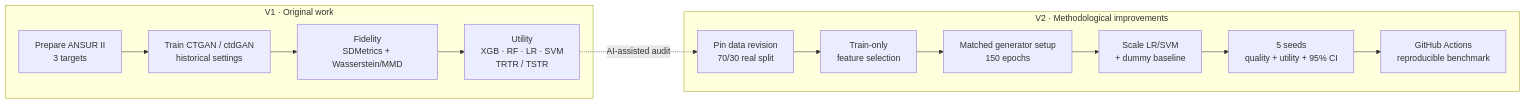
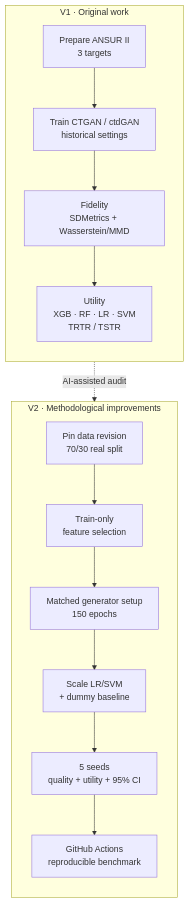
One commit to trungnb/ANSUR-II-CTGAN-Benchmark changed the diagram in README.md. Above: the diagram before and after it, drawn with Mermaid.

Commit message:
Stack README workflow vertically
Render the V1 original workflow and V2 methodological improvements top-to-bottom for better readability on GitHub and mobile.

````diff
--- a/README.md
+++ b/README.md
@@ -5,18 +5,24 @@
 ```mermaid
-flowchart LR
+flowchart TB
   subgraph V1["V1 · Original work"]
-    A1["Prepare ANSUR II<br/>3 targets"] --> A2["Train CTGAN / ctdGAN<br/>historical settings"]
-    A2 --> A3["Fidelity<br/>SDMetrics + Wasserstein/MMD"]
-    A3 --> A4["Utility<br/>XGB · RF · LR · SVM<br/>TRTR / TSTR"]
+    direction TB
+    A1["Prepare ANSUR II<br/>3 targets"]
+    A2["Train CTGAN / ctdGAN<br/>historical settings"]
+    A3["Fidelity<br/>SDMetrics + Wasserstein/MMD"]
+    A4["Utility<br/>XGB · RF · LR · SVM<br/>TRTR / TSTR"]
+    A1 --> A2 --> A3 --> A4
   end
 
   A4 -. "AI-assisted audit" .-> B1
 
   subgraph V2["V2 · Methodological improvements"]
-    B1["Pin data revision<br/>70/30 real split"] --> B2["Train-only<br/>feature selection"]
-    B2 --> B3["Matched generator setup<br/>150 epochs"]
-    B3 --> B4["Scale LR/SVM<br/>+ dummy baseline"]
-    B4 --> B5["5 seeds<br/>quality + utility + 95% CI"]
-    B5 --> B6["GitHub Actions<br/>reproducible benchmark"]
+    direction TB
+    B1["Pin data revision<br/>70/30 real split"]
+    B2["Train-only<br/>feature selection"]
+    B3["Matched generator setup<br/>150 epochs"]
+    B4["Scale LR/SVM<br/>+ dummy baseline"]
+    B5["5 seeds<br/>quality + utility + 95% CI"]
+    B6["GitHub Actions<br/>reproducible benchmark"]
+    B1 --> B2 --> B3 --> B4 --> B5 --> B6
   end
 ```
````
